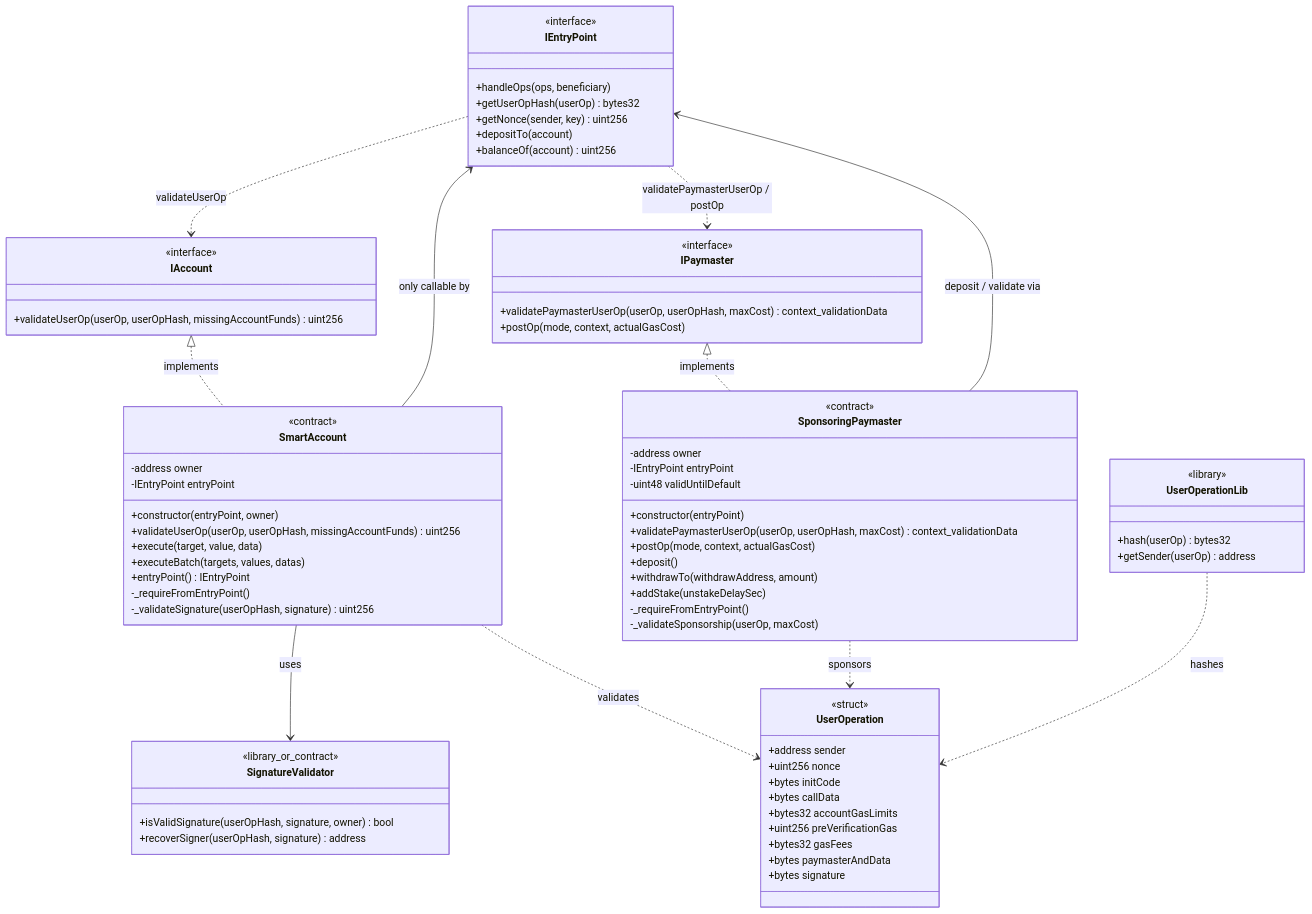
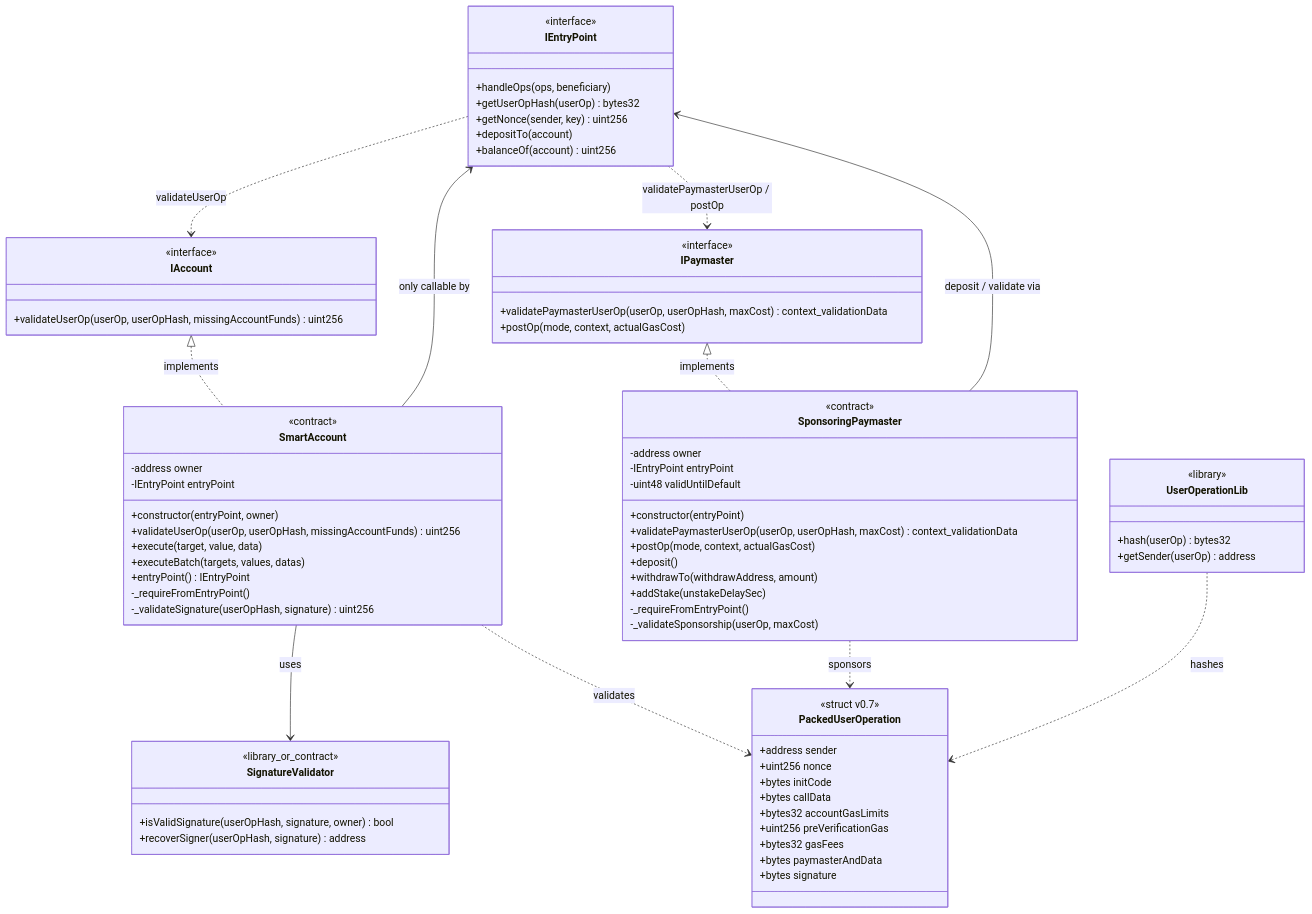
One commit to rastrahm/account-abstraction changed the diagram in doc/diagrama-de-clases.md. Above: the diagram before and after it, drawn with Mermaid. The commit also changed other lines of this file and 12 other files, not shown here.

Commit message:
Interfaces + UserOperation + libs de hash

````diff
--- a/doc/diagrama-de-clases.md
+++ b/doc/diagrama-de-clases.md
@@ -28,8 +28,8 @@
         +postOp(mode, context, actualGasCost)
     }
 
-    class UserOperation {
-        <<struct>>
+    class PackedUserOperation {
+        <<struct v0.7>>
         +address sender
         +uint256 nonce
         +bytes initCode
@@ -86,9 +86,9 @@
     SmartAccount --> IEntryPoint : only callable by
     SponsoringPaymaster --> IEntryPoint : deposit / validate via
     SmartAccount --> SignatureValidator : uses
-    SmartAccount ..> UserOperation : validates
-    SponsoringPaymaster ..> UserOperation : sponsors
-    UserOperationLib ..> UserOperation : hashes
+    SmartAccount ..> PackedUserOperation : validates
+    SponsoringPaymaster ..> PackedUserOperation : sponsors
+    UserOperationLib ..> PackedUserOperation : hashes
     IEntryPoint ..> IAccount : validateUserOp
     IEntryPoint ..> IPaymaster : validatePaymasterUserOp / postOp
 ```
````
